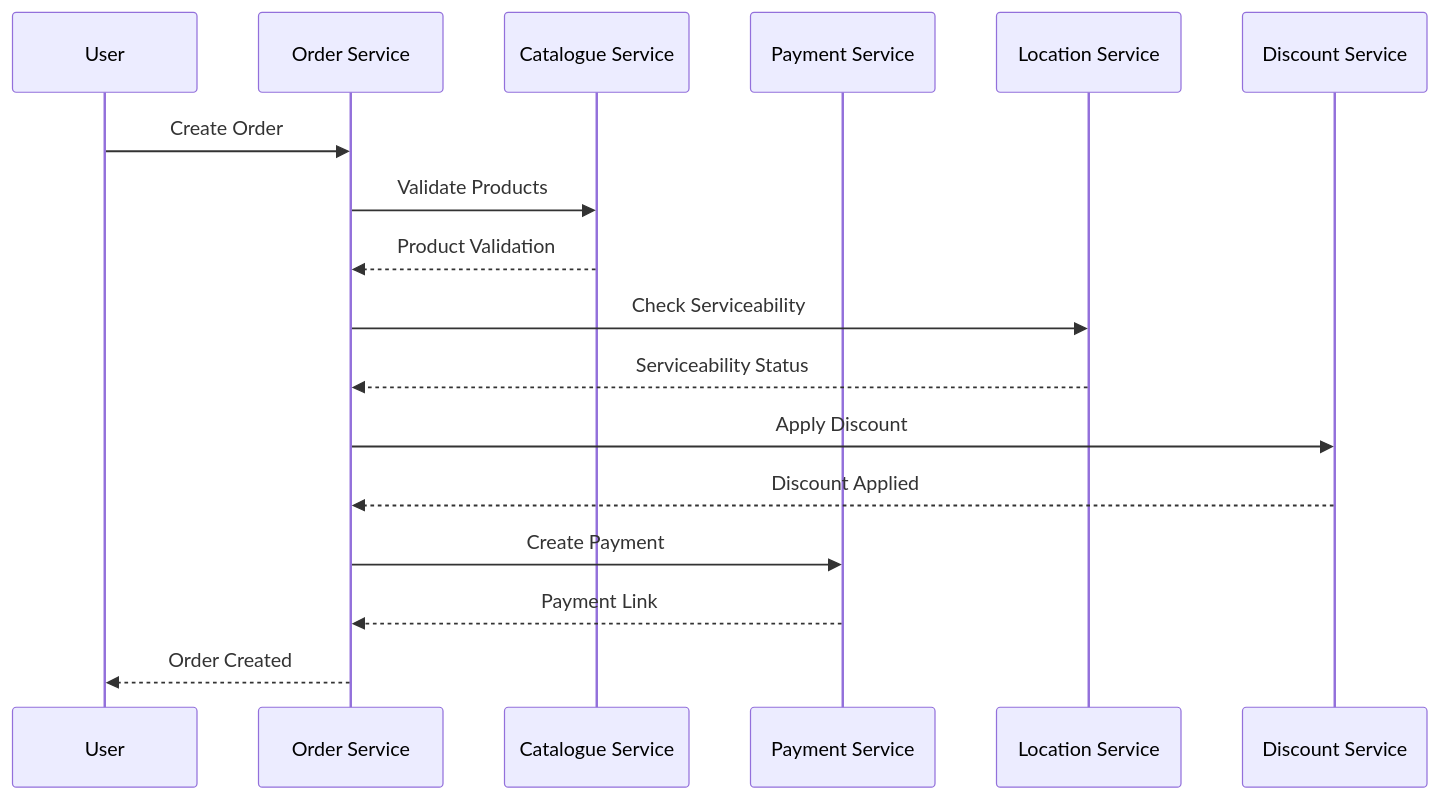
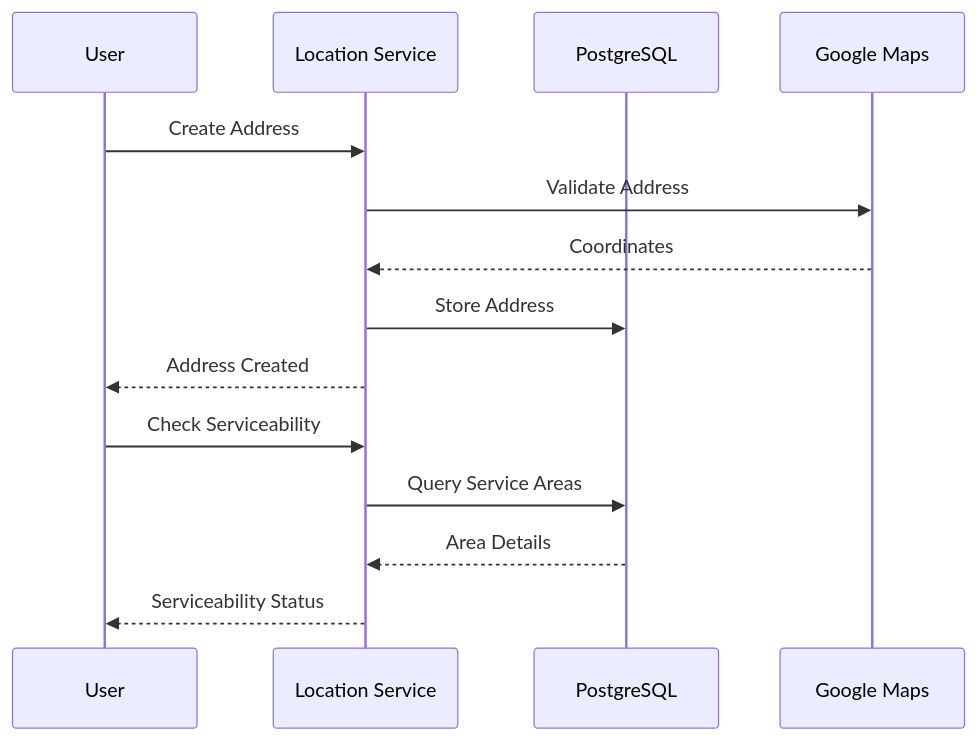
Before and after one commit to Roshan-Plazza/Plazza_Overview: the fourth of 10 diagrams in docs/SERVICES_OVERVIEW.md, drawn with Mermaid. The commit also changed other lines of this file, not shown here.

````diff
--- a/docs/SERVICES_OVERVIEW.md
+++ b/docs/SERVICES_OVERVIEW.md
@@ -270,20 +352,18 @@
 ```mermaid
 sequenceDiagram
     participant U as User
-    participant OS as Order Service
-    participant CS as Catalogue Service
-    participant PS as Payment Service
     participant LS as Location Service
-    participant DS as Discount Service
+    participant PG as PostgreSQL
+    participant GM as Google Maps
 
-    U->>OS: Create Order
-    OS->>CS: Validate Products
-    CS-->>OS: Product Validation
-    OS->>LS: Check Serviceability
-    LS-->>OS: Serviceability Status
-    OS->>DS: Apply Discount
-    DS-->>OS: Discount Applied
-    OS->>PS: Create Payment
-    PS-->>OS: Payment Link
-    OS-->>U: Order Created
+    U->>LS: Create Address
+    LS->>GM: Validate Address
+    GM-->>LS: Coordinates
+    LS->>PG: Store Address
+    LS-->>U: Address Created
+
+    U->>LS: Check Serviceability
+    LS->>PG: Query Service Areas
+    PG-->>LS: Area Details
+    LS-->>U: Serviceability Status
 ```
````
